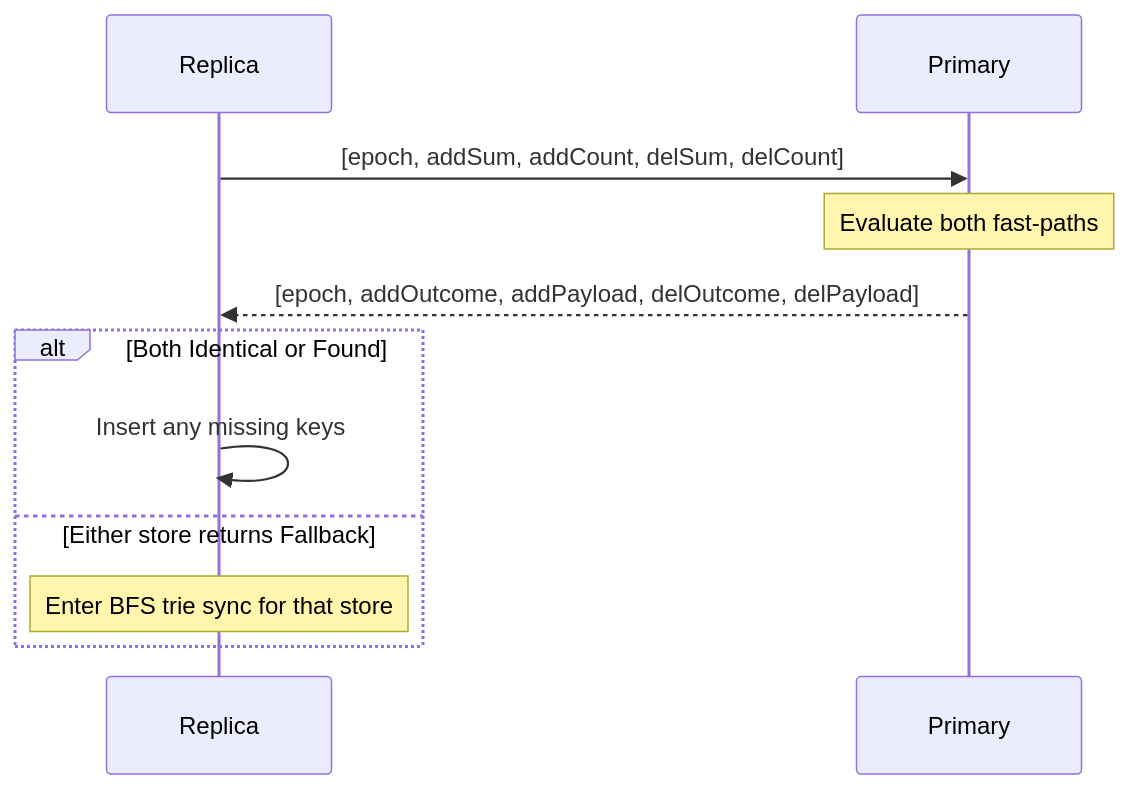
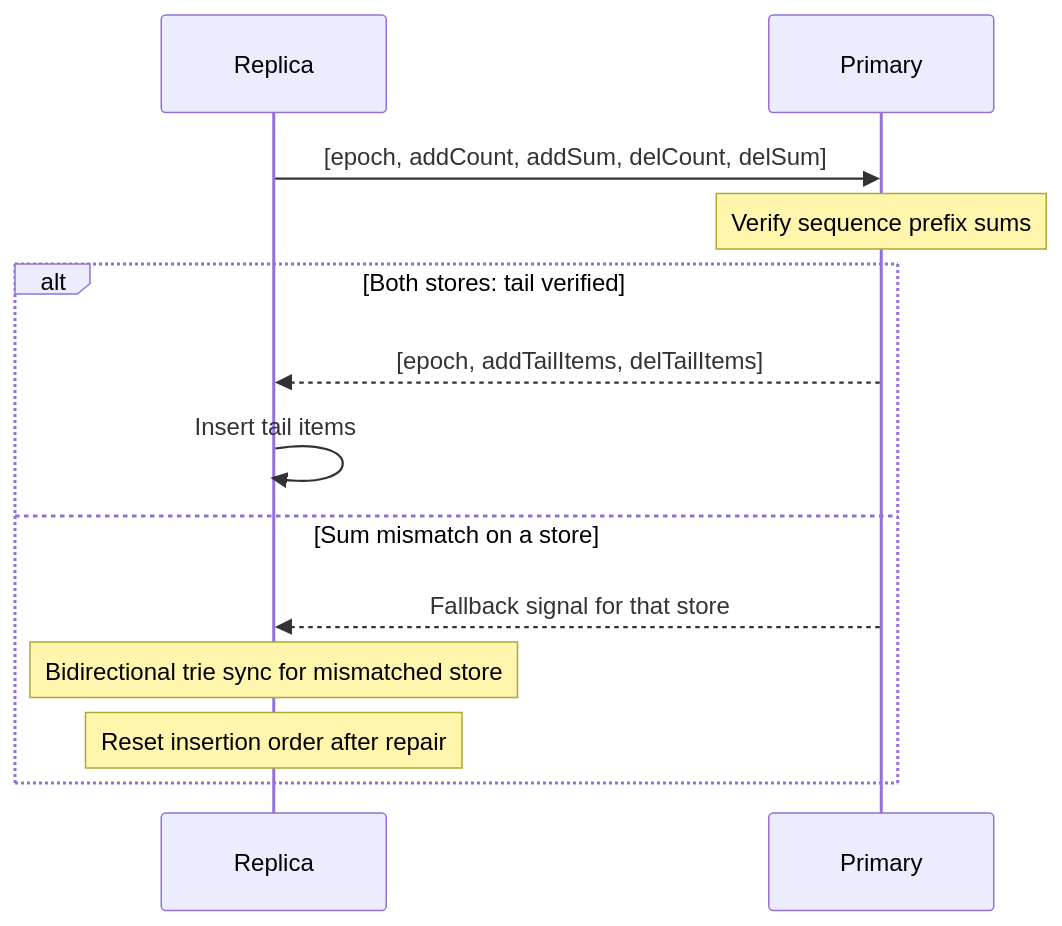
The seventh of 8 diagrams in SetSum/Sync/README.md (arj03/setsum-cs), drawn with Mermaid before and after one commit. The commit also changed other lines of this file and 10 other files, not shown here.

````diff
--- a/SetSum/Sync/README.md
+++ b/SetSum/Sync/README.md
@@ -285,15 +309,16 @@
 ```mermaid
 sequenceDiagram
     participant R as Replica
     participant P as Primary
 
-    R->>P: [epoch, addSum, addCount, delSum, delCount]
-    Note over P: Evaluate both fast-paths
-    P-->>R: [epoch, addOutcome, addPayload, delOutcome, delPayload]
-
-    alt Both Identical or Found
-        R->>R: Insert any missing keys
-    else Either store returns Fallback
-        Note over R: Enter BFS trie sync for that store
+    R->>P: [epoch, addCount, addSum, delCount, delSum]
+    Note over P: Verify sequence prefix sums
+    alt Both stores: tail verified
+        P-->>R: [epoch, addTailItems, delTailItems]
+        R->>R: Insert tail items
+    else Sum mismatch on a store
+        P-->>R: Fallback signal for that store
+        Note over R: Bidirectional trie sync for mismatched store
+        Note over R: Reset insertion order after repair
     end
 ```
````
